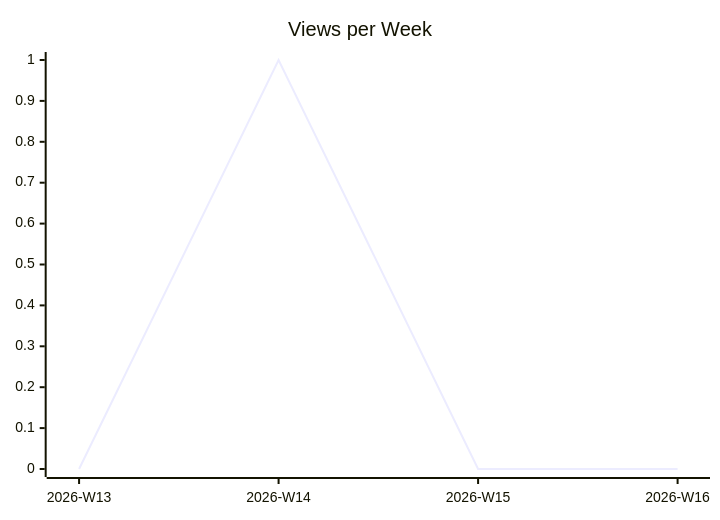
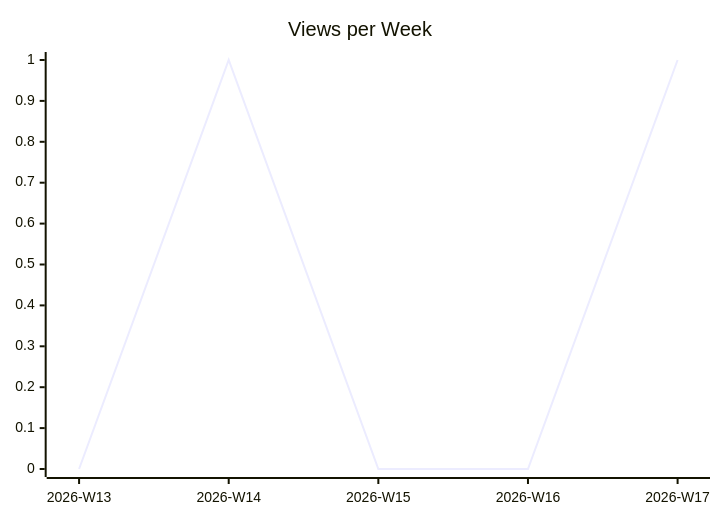
Before and after one commit to justdavis-family/github-analytics-data: the second of 3 diagrams in karlmdavis/todoist-ai/README.md, drawn with Mermaid. The commit also changed other lines of this file and 192 other files, not shown here.

````diff
--- a/karlmdavis/todoist-ai/README.md
+++ b/karlmdavis/todoist-ai/README.md
@@ -12,6 +12,6 @@
 ```mermaid
 xychart-beta
   title "Views per Week"
-  x-axis ["2026-W13", "2026-W14", "2026-W15", "2026-W16"]
-  line [0, 1, 0, 0]
+  x-axis ["2026-W13", "2026-W14", "2026-W15", "2026-W16", "2026-W17"]
+  line [0, 1, 0, 0, 1]
 ```
````
